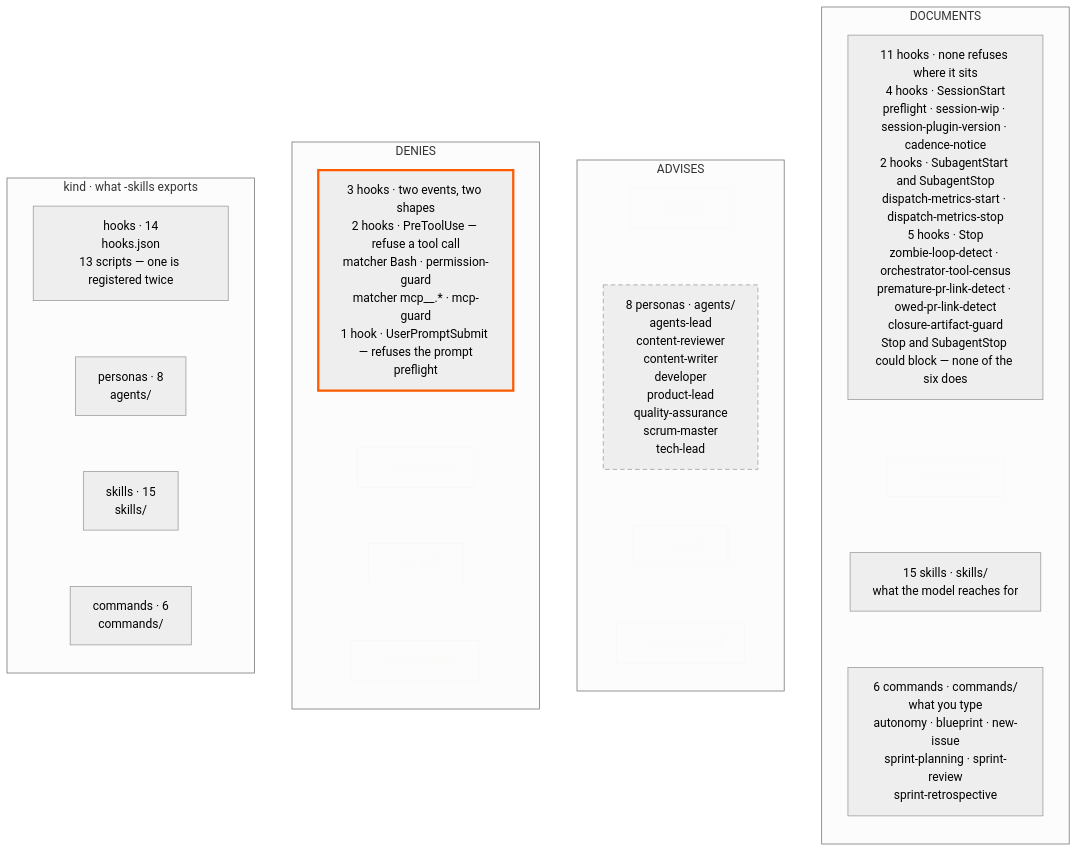
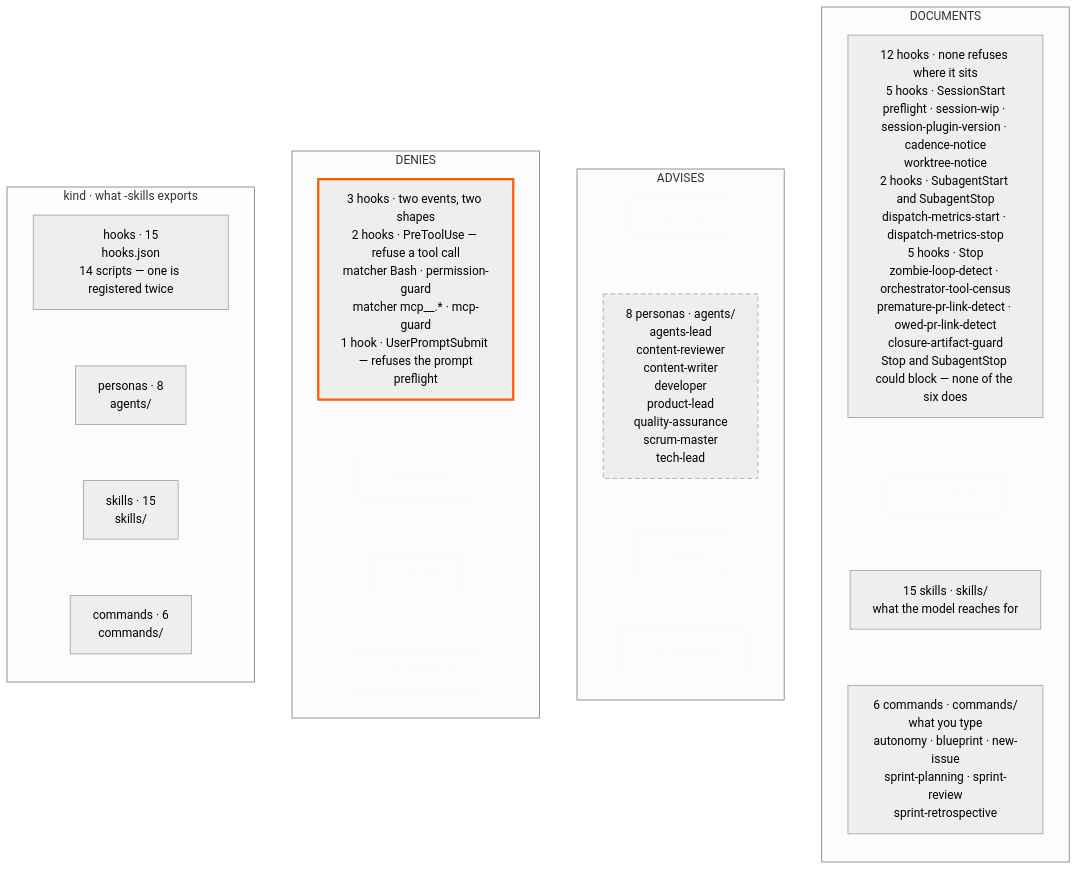
The third of 3 diagrams in apps/fed/src/content/architecture.en.md (tedeuxx/tadeumendonca-io), drawn with Mermaid (neutral theme) before and after one commit. The commit also changed other lines of this file and 6 other files, not shown here.

First line of the commit message:
fix(harness): catch the /architecture inventory up to worktree-notice, and repair the wip basis

````diff
--- a/apps/fed/src/content/architecture.en.md
+++ b/apps/fed/src/content/architecture.en.md
@@ -189,49 +189,49 @@
 ```mermaid
 flowchart LR
   accTitle: What the harness is made of
   accDescr: The claim comes first, because the claim is what the grid is for. Of everything the plugin exports, exactly one kind can REFUSE — a hook — and only on two of the six events it registers on. Personas ADVISE, and skills and commands only DOCUMENT. Four kinds against three classes of force is twelve cells; five hold something and seven are empty, and the seven empty ones are the argument. Now the inventory the claim is read off. The lanes are the 14 hook registrations in hooks.json, written by 13 scripts because preflight is registered twice; the 8 personas in the agents directory; the 15 skills in the skills directory; and the 6 commands in the commands directory. The deny column holds one cell, and it holds 3 registrations across two events of different shapes: permission-guard on the matcher Bash and mcp-guard on the matcher for MCP tools, both on PreToolUse, which refuse a tool call before it runs; and preflight on UserPromptSubmit, which refuses the prompt itself, before the turn starts. Persona, skill and command have no cell there at all. The middle column holds one cell too: the 8 personas — agents-lead, content-reviewer, content-writer, developer, product-lead, quality-assurance, scrum-master and tech-lead — which ADVISE, and that is a claim about their judgement rather than about their seat, because a lens nobody dispatches fails silently. The third column, the one whose components only DOCUMENT, holds three cells: the 15 skills, which is what the model reaches for on its own; the 6 commands, which is what a person types; and the other 11 hook registrations — 4 on SessionStart, 2 on SubagentStart and SubagentStop, and 5 on Stop. Read the two columns together and preflight appears in both, because it is registered twice with a different class on each event, and that is the drawing being derived rather than drawn: nobody authoring by hand would draw one script in two columns of the same grid.
   subgraph LANE["kind · what -skills exports"]
     direction TB
-    LH["hooks · 14<br/>hooks.json<br/>13 scripts — one is registered twice"]
+    LH["hooks · 15<br/>hooks.json<br/>14 scripts — one is registered twice"]
     LP["personas · 8<br/>agents/"]
     LS["skills · 15<br/>skills/"]
     LC["commands · 6<br/>commands/"]
     LH ~~~ LP ~~~ LS ~~~ LC
   end
   subgraph COLD["DENIES"]
     direction TB
     HKD["3 hooks · two events, two shapes<br/>2 hooks · PreToolUse — refuse a tool call<br/>matcher Bash · permission-guard<br/>matcher mcp__.* · mcp-guard<br/>1 hook · UserPromptSubmit — refuses the prompt<br/>preflight"]
     PSD["— no persona"]
     SKD["— no skill"]
     CMD["— no command"]
     HKD ~~~ PSD ~~~ SKD ~~~ CMD
   end
   subgraph COLA["ADVISES"]
     direction TB
     HKA["— no hook"]
     PS["8 personas · agents/<br/>agents-lead<br/>content-reviewer<br/>content-writer<br/>developer<br/>product-lead<br/>quality-assurance<br/>scrum-master<br/>tech-lead"]
     SKA["— no skill"]
     CMA["— no command"]
     HKA ~~~ PS ~~~ SKA ~~~ CMA
   end
   subgraph COLO["DOCUMENTS"]
     direction TB
-    HKR["11 hooks · none refuses where it sits<br/>4 hooks · SessionStart<br/>preflight · session-wip · session-plugin-version · cadence-notice<br/>2 hooks · SubagentStart and SubagentStop<br/>dispatch-metrics-start · dispatch-metrics-stop<br/>5 hooks · Stop<br/>zombie-loop-detect · orchestrator-tool-census<br/>premature-pr-link-detect · owed-pr-link-detect<br/>closure-artifact-guard<br/>Stop and SubagentStop could block — none of the six does"]
+    HKR["12 hooks · none refuses where it sits<br/>5 hooks · SessionStart<br/>preflight · session-wip · session-plugin-version · cadence-notice<br/>worktree-notice<br/>2 hooks · SubagentStart and SubagentStop<br/>dispatch-metrics-start · dispatch-metrics-stop<br/>5 hooks · Stop<br/>zombie-loop-detect · orchestrator-tool-census<br/>premature-pr-link-detect · owed-pr-link-detect<br/>closure-artifact-guard<br/>Stop and SubagentStop could block — none of the six does"]
     PSO["— no persona"]
     SK["15 skills · skills/<br/>what the model reaches for"]
     CM["6 commands · commands/<br/>what you type<br/>autonomy · blueprint · new-issue<br/>sprint-planning · sprint-review<br/>sprint-retrospective"]
     HKR ~~~ PSO ~~~ SK ~~~ CM
   end
   LANE ~~~ COLD ~~~ COLA ~~~ COLO
   classDef mechanism stroke:#FF5A00,stroke-width:3px
   classDef convention stroke-dasharray:6 4
   %% `empty` must never use #FF5A00 or a stroke-dasharray: the suite counts exactly one accented box
   %% (the mechanism) and exactly one dashed box (the convention) in the compiled SVG, and either token
   %% here would make seven empty cells claim a force they do not have. It must also stay inside ADR-0008's
   %% three colours — the first draft receded these cells with #555555/#888888 and the palette gate caught
   %% it in both editions. Opacity is how a cell recedes here; a fourth grey is not available.
   classDef empty fill:none,stroke:#F5F4EF,color:#F5F4EF,opacity:0.45
   class HKD mechanism
   class PS convention
   class PSD,SKD,CMD,HKA,SKA,CMA,PSO empty
 ```
````
